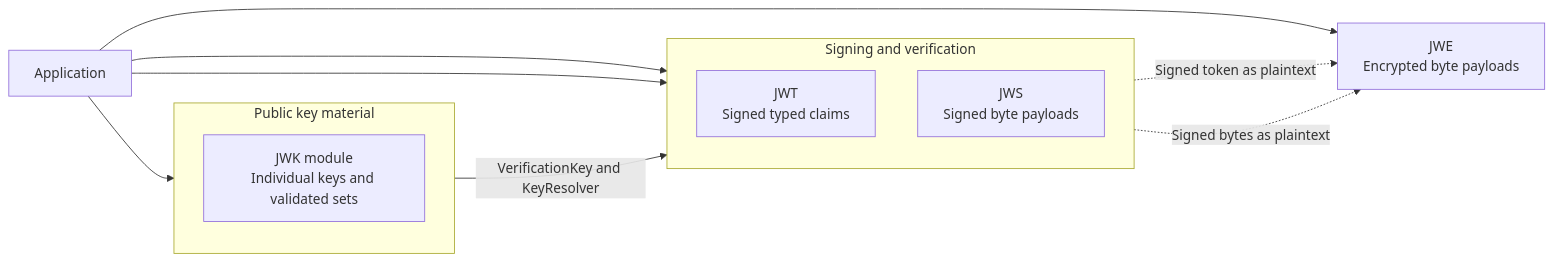
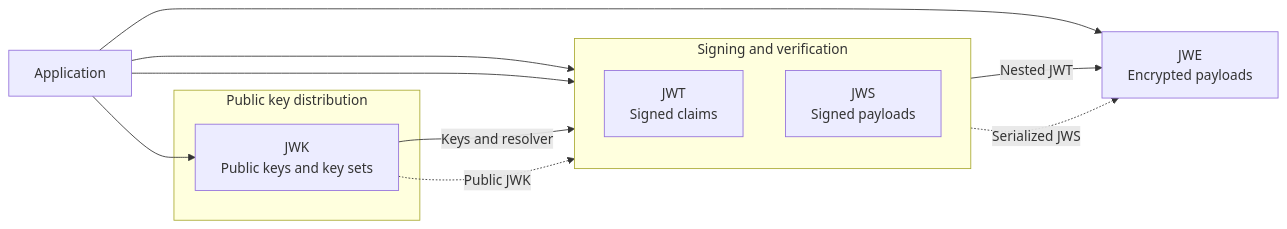
Before and after one commit to mkbeh/xjose: the first of 20 diagrams in DESIGN.md, drawn with Mermaid. The commit also changed other lines of this file, not shown here.

Commit message:
docs: refine architectural design

````diff
--- a/DESIGN.md
+++ b/DESIGN.md
@@ -29,24 +30,24 @@
 ```mermaid
 flowchart LR
     App[Application]
 
-    subgraph Keys["Public key material"]
-        direction TB
-        JWK[JWK module<br/>Individual keys and validated sets]
+    subgraph Keys["Public key distribution"]
+        JWK[JWK<br/>Public keys and key sets]
     end
 
     subgraph Signing["Signing and verification"]
         direction TB
-        JWT[JWT<br/>Signed typed claims]
-        JWS[JWS<br/>Signed byte payloads]
+        JWT[JWT<br/>Signed claims]
+        JWS[JWS<br/>Signed payloads]
     end
 
-    JWE[JWE<br/>Encrypted byte payloads]
+    JWE[JWE<br/>Encrypted payloads]
     App --> JWT
     App --> JWS
     App --> JWE
     App --> JWK
-    JWK -->|VerificationKey and KeyResolver| JWT
-    JWT -.->|Signed token as plaintext| JWE
-    JWS -.->|Signed bytes as plaintext| JWE
+    JWK -->|Keys and resolver| JWT
+    JWK -.->|Public JWK| JWS
+    JWT -->|Nested JWT| JWE
+    JWS -.->|Serialized JWS| JWE
 ```
````
